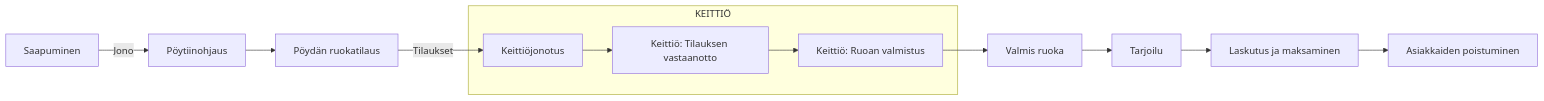
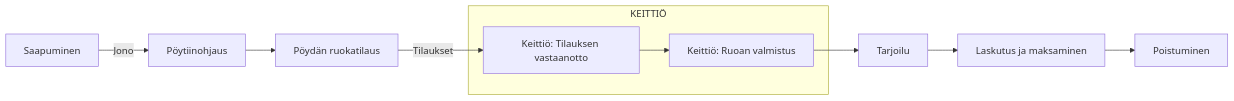
Before and after one commit to onnikiv/Simu-Projekti: the diagram in README.md, drawn with Mermaid.

Commit message:
splör

````diff
--- a/README.md
+++ b/README.md
@@ -4,17 +4,14 @@
 ```mermaid
 flowchart LR
     A[Saapuminen] -->|Jono| B[Pöytiinohjaus]
     B --> C[Pöydän ruokatilaus]
-    C -->|Tilaukset| J[Keittiöjonotus]
-    J --> K[Keittiö: Tilauksen vastaanotto]
+    C -->|Tilaukset| K[Keittiö: Tilauksen vastaanotto]
     K --> L[Keittiö: Ruoan valmistus]
-    L --> E[Valmis ruoka]
-    E --> F[Tarjoilu]
+    L --> F[Tarjoilu]
     F --> G[Laskutus ja maksaminen]
-    G --> H[Asiakkaiden poistuminen]
+    G --> H[Poistuminen]
     subgraph KEITTIÖ
-        J
         K
         L
     end
 ```
````
